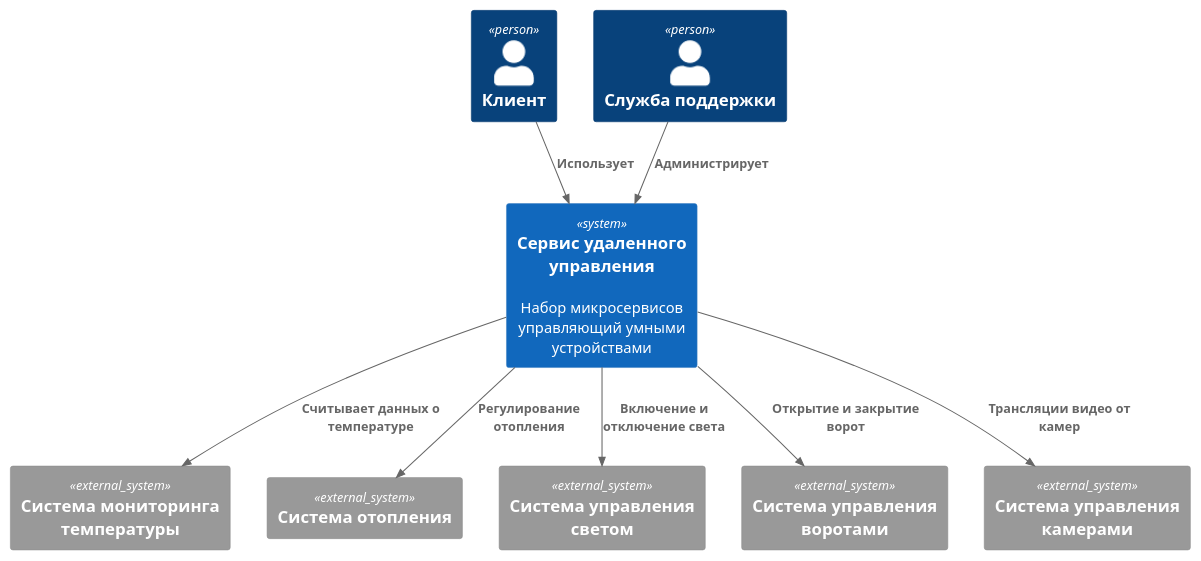
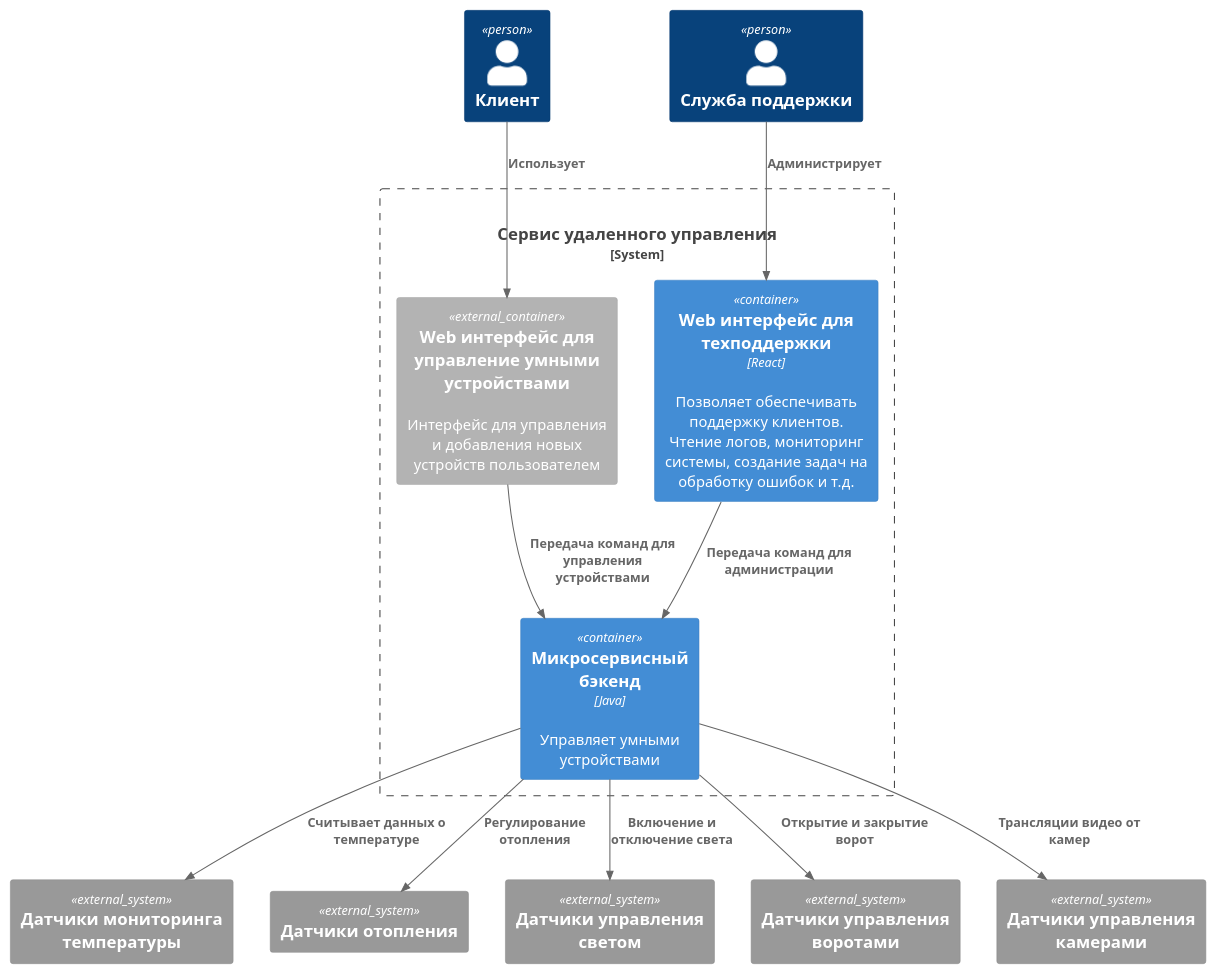
Before and after one commit to BlackDEK/architecture-sprint-3: the diagram in docs/context_to_be.plantuml, drawn with PlantUML.

Commit message:
- Переделал диаграмму контекстов.

```diff
--- a/docs/context_to_be.plantuml
+++ b/docs/context_to_be.plantuml
@@ -1,21 +1,27 @@
 @startuml
-!include <C4/C4_Context>
+!include <C4/C4_Container>
 
 Person(client, "Клиент", "")
 Person(admin, "Служба поддержки", "")
-System(service, "Сервис удаленного управления", "Набор микросервисов управляющий умными устройствами")
-System_Ext(sensor1, "Система мониторинга температуры")
-System_Ext(sensor2, "Система отопления")
-System_Ext(sensor3, "Система управления светом")
-System_Ext(sensor4, "Система управления воротами")
-System_Ext(sensor5, "Система управления камерами")
+System_Ext(sensor1, "Датчики мониторинга температуры")
+System_Ext(sensor2, "Датчики отопления")
+System_Ext(sensor3, "Датчики управления светом")
+System_Ext(sensor4, "Датчики управления воротами")
+System_Ext(sensor5, "Датчики управления камерами")
+System_Boundary(service, "Сервис удаленного управления", "Набор микросервисов управляющий умными устройствами") {
+    Container_Ext(frontend, "Web интерфейс для управление умными устройствами", "", "Интерфейс для управления и добавления новых устройств пользователем")
+    Container(admin_frontend, "Web интерфейс для техподдержки", "React", "Позволяет обеспечивать поддержку клиентов. Чтение логов, мониторинг системы, создание задач на обработку ошибок и т.д.")
+    Container(backend, "Микросервисный бэкенд", "Java", "Управляет умными устройствами")
+}
 
-Rel(client, service, "Использует")
-Rel(admin, service, "Администрирует")
-Rel(service, sensor1, "Считывает данных о температуре")
-Rel(service, sensor2, "Регулирование отопления")
-Rel(service, sensor3, "Включение и отключение света")
-Rel(service, sensor4, "Открытие и закрытие ворот")
-Rel(service, sensor5, "Трансляции видео от камер")
+Rel(client, frontend, "Использует")
+Rel(admin, admin_frontend, "Администрирует")
+Rel(backend, sensor1, "Считывает данных о температуре")
+Rel(backend, sensor2, "Регулирование отопления")
+Rel(backend, sensor3, "Включение и отключение света")
+Rel(backend, sensor4, "Открытие и закрытие ворот")
+Rel(backend, sensor5, "Трансляции видео от камер")
+Rel(frontend, backend, "Передача команд для управления устройствами")
+Rel(admin_frontend, backend, "Передача команд для администрации")
 
 @enduml
```
